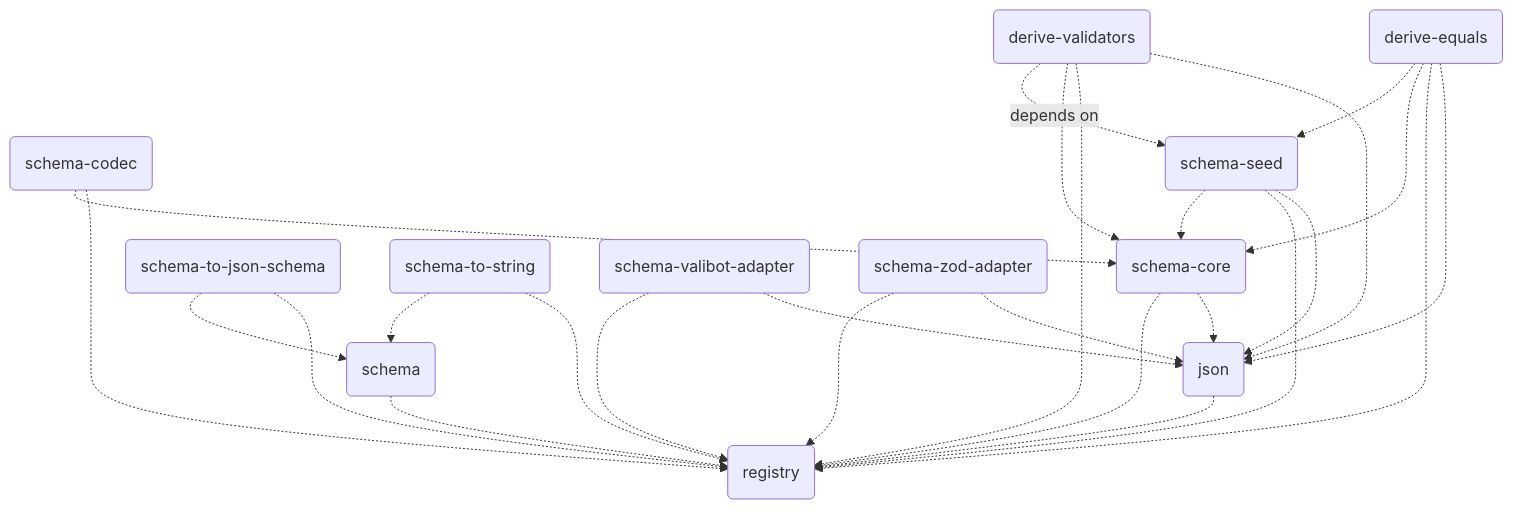
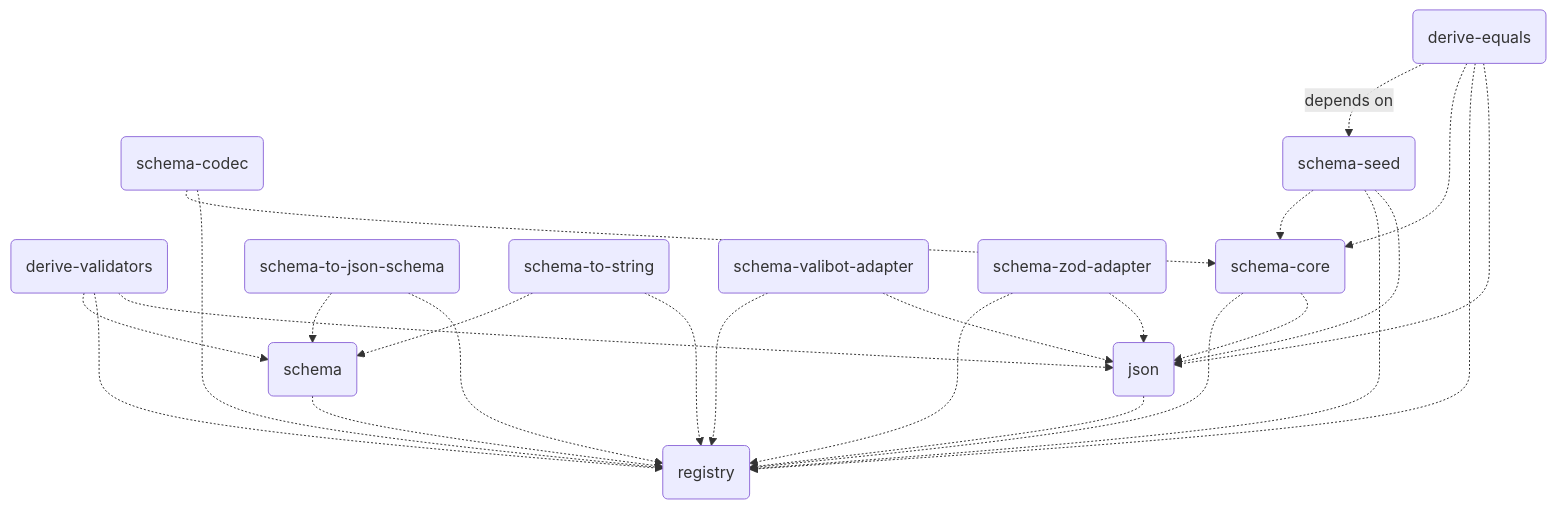
One commit to traversable/schema changed the diagram in README.md. Above: the diagram before and after it, drawn with Mermaid. The commit also changed 1 other file, not shown here.

Commit message:
build(root): commits autogenerated assets

````diff
--- a/README.md
+++ b/README.md
@@ -137,29 +137,28 @@
 ```mermaid
 flowchart TD
     registry(registry)
     json(json) -.-> registry(registry)
     schema(schema) -.-> registry(registry)
+    derive-validators(derive-validators) -.-> json(json)
+    derive-validators(derive-validators) -.-> registry(registry)
+    derive-validators(derive-validators) -.-> schema(schema)
     schema-core(schema-core) -.-> json(json)
     schema-core(schema-core) -.-> registry(registry)
     schema-to-json-schema(schema-to-json-schema) -.-> registry(registry)
     schema-to-json-schema(schema-to-json-schema) -.-> schema(schema)
     schema-to-string(schema-to-string) -.-> registry(registry)
     schema-to-string(schema-to-string) -.-> schema(schema)
     schema-valibot-adapter(schema-valibot-adapter) -.-> json(json)
     schema-valibot-adapter(schema-valibot-adapter) -.-> registry(registry)
     schema-zod-adapter(schema-zod-adapter) -.-> json(json)
     schema-zod-adapter(schema-zod-adapter) -.-> registry(registry)
     schema-codec(schema-codec) -.-> registry(registry)
     schema-codec(schema-codec) -.-> schema-core(schema-core)
     schema-seed(schema-seed) -.-> json(json)
     schema-seed(schema-seed) -.-> registry(registry)
     schema-seed(schema-seed) -.-> schema-core(schema-core)
     derive-equals(derive-equals) -.-> json(json)
     derive-equals(derive-equals) -.-> registry(registry)
     derive-equals(derive-equals) -.-> schema-core(schema-core)
-    derive-equals(derive-equals) -.-> schema-seed(schema-seed)
-    derive-validators(derive-validators) -.-> json(json)
-    derive-validators(derive-validators) -.-> registry(registry)
-    derive-validators(derive-validators) -.-> schema-core(schema-core)
-    derive-validators(derive-validators) -.depends on.-> schema-seed(schema-seed)
+    derive-equals(derive-equals) -.depends on.-> schema-seed(schema-seed)
 ```
````
